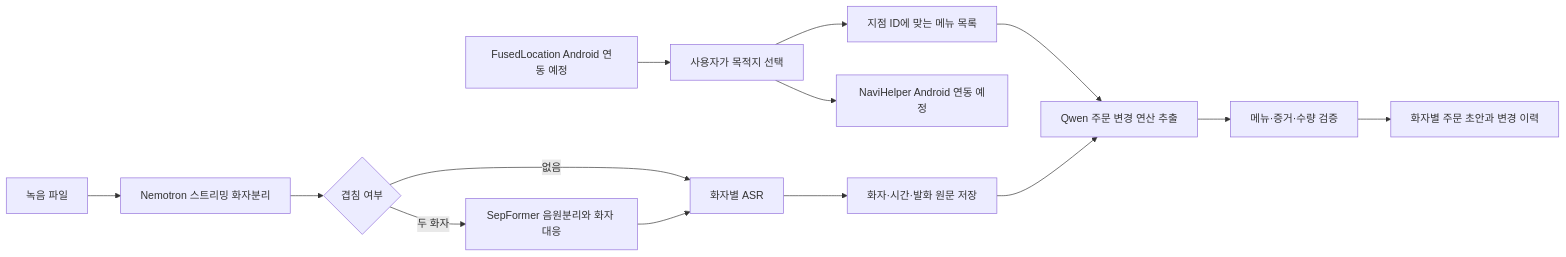
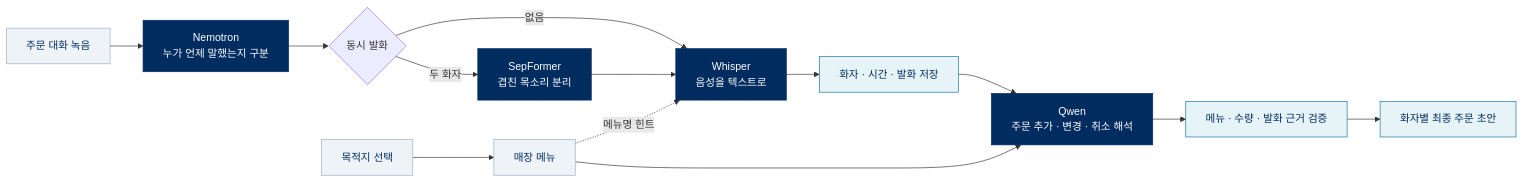
One commit to ssonniee/hyundai-moaorder changed the diagram in README.md. Above: the diagram before and after it, drawn with Mermaid. The commit also changed other lines of this file and 2 other files, not shown here.

````diff
--- a/README.md
+++ b/README.md
@@ -56,16 +24,22 @@
 ```mermaid
 flowchart LR
-  A[사용자가 목적지 선택] --> B[지점 ID에 맞는 메뉴 목록]
-  A --> N[NaviHelper Android 연동 예정]
-  L[FusedLocation Android 연동 예정] --> A
-  W[녹음 파일] --> D[Nemotron 스트리밍 화자분리]
-  D --> S{겹침 여부}
-  S -->|없음| R[화자별 ASR]
-  S -->|두 화자| P[SepFormer 음원분리와 화자 대응]
-  P --> R
-  R --> T[화자·시간·발화 원문 저장]
-  B --> Q[Qwen 주문 변경 연산 추출]
-  T --> Q
-  Q --> V[메뉴·증거·수량 검증]
-  V --> O[화자별 주문 초안과 변경 이력]
+    A["목적지 선택"] --> M["매장 메뉴"]
+    B["주문 대화 녹음"] --> D["Nemotron<br/>누가 언제 말했는지 구분"]
+    D --> H{"동시 발화"}
+    H -->|"없음"| W["Whisper<br/>음성을 텍스트로"]
+    H -->|"두 화자"| S["SepFormer<br/>겹친 목소리 분리"]
+    S --> W
+    M -.->|"메뉴명 힌트"| W
+    W --> T["화자 · 시간 · 발화 저장"]
+    T --> Q["Qwen<br/>주문 추가 · 변경 · 취소 해석"]
+    M --> Q
+    Q --> V["메뉴 · 수량 · 발화 근거 검증"]
+    V --> O["화자별 최종 주문 초안"]
+
+    classDef input fill:#eef3f8,stroke:#96afc7,color:#002c5f;
+    classDef model fill:#002c5f,stroke:#002c5f,color:#fff;
+    classDef output fill:#e6f3f7,stroke:#1674a5,color:#002c5f;
+    class A,B,M input;
+    class D,S,W,Q model;
+    class T,V,O output;
 ```
````
